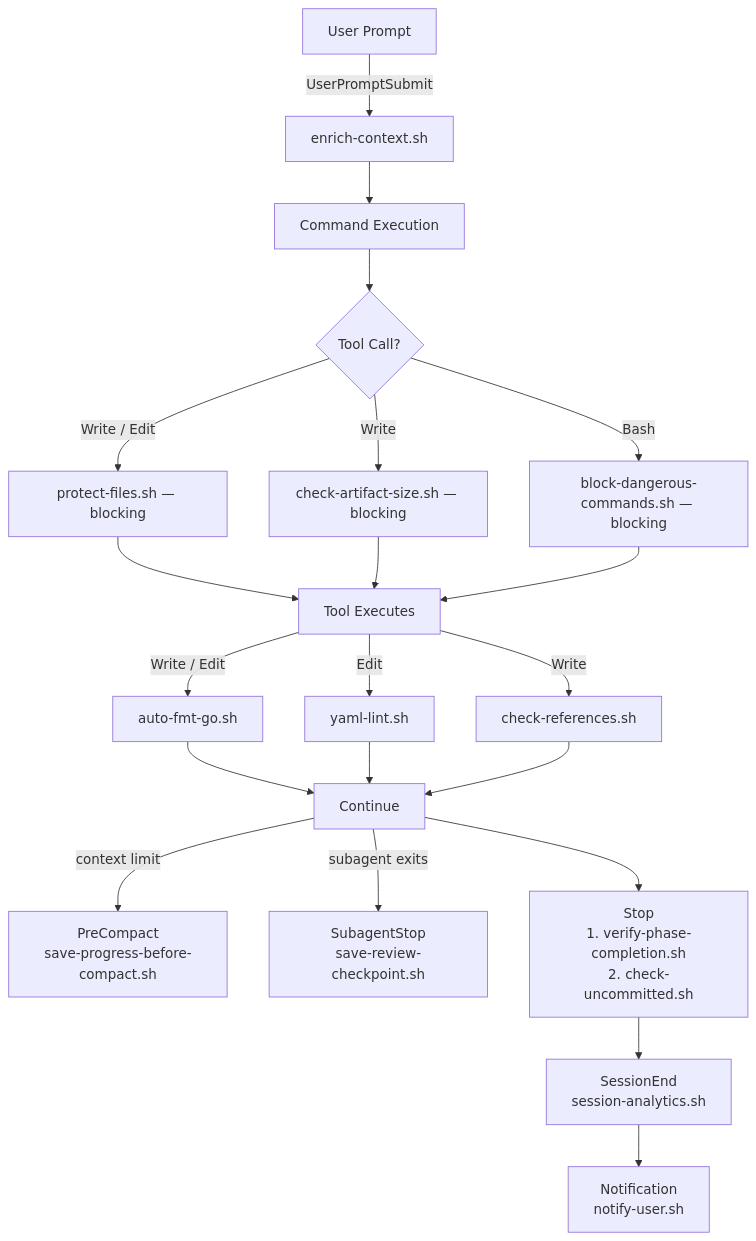
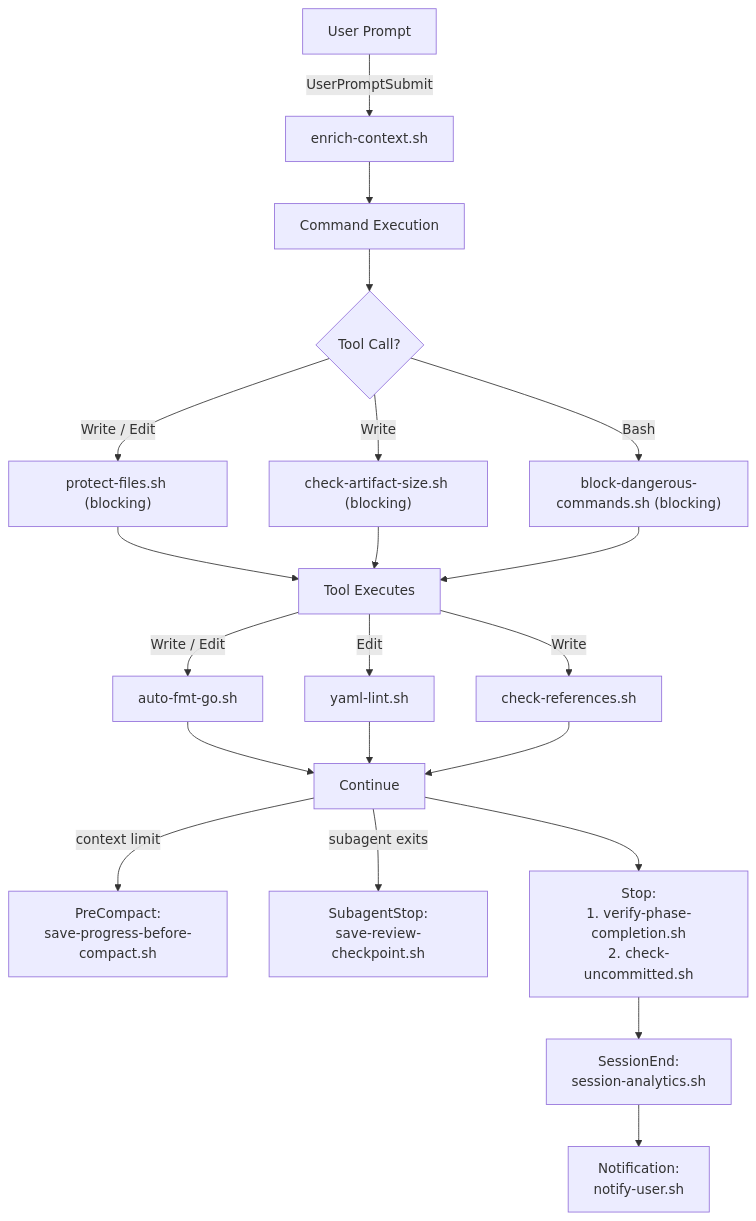
One commit to hex0xdeadbeef/claude-kit changed the fourth of 4 diagrams in README.md. Above: the diagram before and after it, drawn with Mermaid. The commit also changed other lines of this file, not shown here.

Commit message:
Auto-sync 2026-03-09 23:51

````diff
--- a/README.md
+++ b/README.md
@@ -286,29 +256,29 @@
 ```mermaid
 flowchart TB
-    UP[User Prompt] -->|UserPromptSubmit| ENR[enrich-context.sh]
-    ENR --> CMD[Command Execution]
+    UP["User Prompt"] -->|UserPromptSubmit| ENR["enrich-context.sh"]
+    ENR --> CMD["Command Execution"]
 
-    CMD --> TOOL{Tool Call?}
-    TOOL -->|Write / Edit| PRE1[protect-files.sh — blocking]
-    TOOL -->|Write| PRE2[check-artifact-size.sh — blocking]
-    TOOL -->|Bash| PRE3[block-dangerous-commands.sh — blocking]
+    CMD --> TOOL{"Tool Call?"}
+    TOOL -->|"Write / Edit"| PRE1["protect-files.sh (blocking)"]
+    TOOL -->|Write| PRE2["check-artifact-size.sh (blocking)"]
+    TOOL -->|Bash| PRE3["block-dangerous-commands.sh (blocking)"]
 
-    PRE1 --> EXEC[Tool Executes]
+    PRE1 --> EXEC["Tool Executes"]
     PRE2 --> EXEC
     PRE3 --> EXEC
 
-    EXEC -->|Write / Edit| POST1[auto-fmt-go.sh]
-    EXEC -->|Edit| POST2[yaml-lint.sh]
-    EXEC -->|Write| POST3[check-references.sh]
+    EXEC -->|"Write / Edit"| POST1["auto-fmt-go.sh"]
+    EXEC -->|Edit| POST2["yaml-lint.sh"]
+    EXEC -->|Write| POST3["check-references.sh"]
 
-    POST1 --> CONT[Continue]
+    POST1 --> CONT["Continue"]
     POST2 --> CONT
     POST3 --> CONT
 
-    CONT -->|context limit| COMPACT[PreCompact<br/>save-progress-before-compact.sh]
-    CONT -->|subagent exits| SUBSTOP[SubagentStop<br/>save-review-checkpoint.sh]
-    CONT --> STOP[Stop<br/>1. verify-phase-completion.sh<br/>2. check-uncommitted.sh]
+    CONT -->|"context limit"| COMPACT["PreCompact:<br/>save-progress-before-compact.sh"]
+    CONT -->|"subagent exits"| SUBSTOP["SubagentStop:<br/>save-review-checkpoint.sh"]
+    CONT --> STOP["Stop:<br/>1. verify-phase-completion.sh<br/>2. check-uncommitted.sh"]
 
-    STOP --> SESS[SessionEnd<br/>session-analytics.sh]
-    SESS --> NOTIFY[Notification<br/>notify-user.sh]
+    STOP --> SESS["SessionEnd:<br/>session-analytics.sh"]
+    SESS --> NOTIFY["Notification:<br/>notify-user.sh"]
 ```
````
